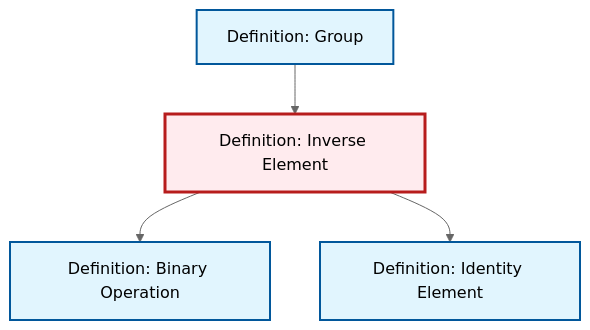
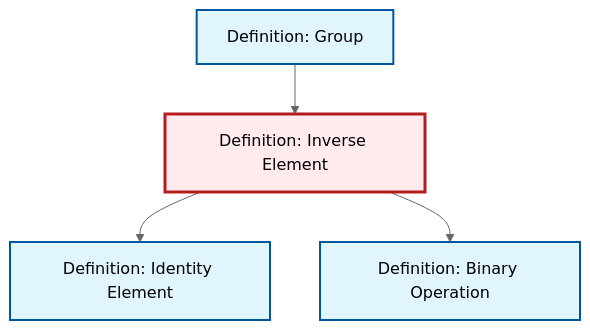
One commit to RK0429/ModernMath changed the diagram in content/ja/algebra/def-inverse-element.qmd. Above: the diagram before and after it, drawn with Mermaid (neutral theme). The commit also changed other lines of this file and 474 other files, not shown here.

````diff
--- a/content/ja/algebra/def-inverse-element.qmd
+++ b/content/ja/algebra/def-inverse-element.qmd
@@ -84,20 +84,20 @@
 ```{mermaid}
 %%| fig-cap: "Local dependency graph"
 graph TD
     classDef definition fill:#e1f5fe,stroke:#01579b,stroke-width:2px
     classDef theorem fill:#f3e5f5,stroke:#4a148c,stroke-width:2px
     classDef axiom fill:#fff3e0,stroke:#e65100,stroke-width:2px
     classDef example fill:#e8f5e9,stroke:#1b5e20,stroke-width:2px
     classDef current fill:#ffebee,stroke:#b71c1c,stroke-width:3px
+    def-group["Definition: Group"]:::definition
+    def-inverse-element["Definition: Inverse Element"]:::definition
+    def-binary-operation["Definition: Binary Operation"]:::definition
     def-identity-element["Definition: Identity Element"]:::definition
-    def-binary-operation["Definition: Binary Operation"]:::definition
-    def-inverse-element["Definition: Inverse Element"]:::definition
-    def-group["Definition: Group"]:::definition
+    def-inverse-element --> def-identity-element
     def-group --> def-inverse-element
     def-inverse-element --> def-binary-operation
-    def-inverse-element --> def-identity-element
     class def-inverse-element current
+    click def-group "def-group.html" "Definition: Groupへ"
+    click def-binary-operation "def-binary-operation.html" "Definition: Binary Operationへ"
     click def-identity-element "def-identity-element.html" "Definition: Identity Elementへ"
-    click def-binary-operation "def-binary-operation.html" "Definition: Binary Operationへ"
-    click def-group "def-group.html" "Definition: Groupへ"
 ```
````
